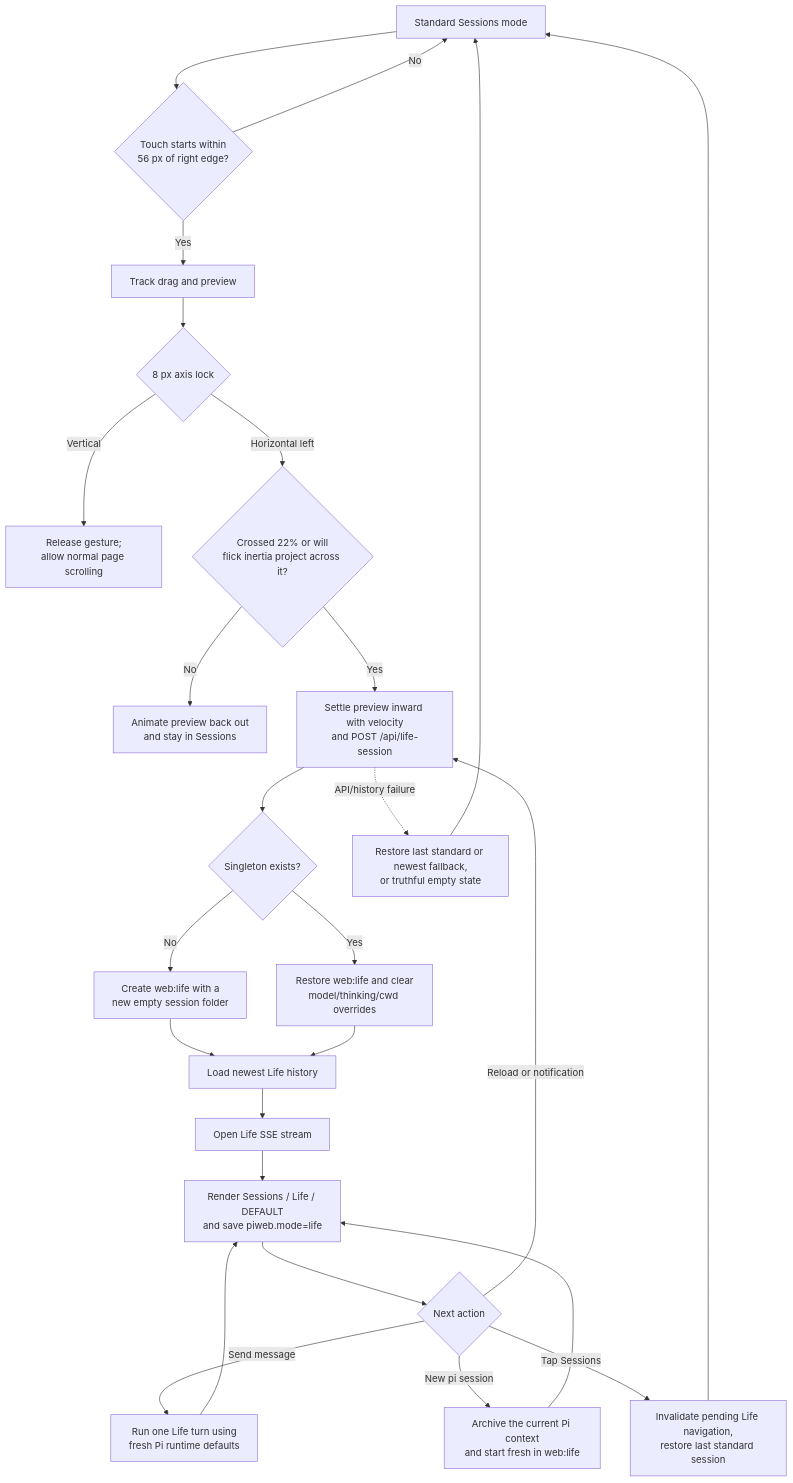
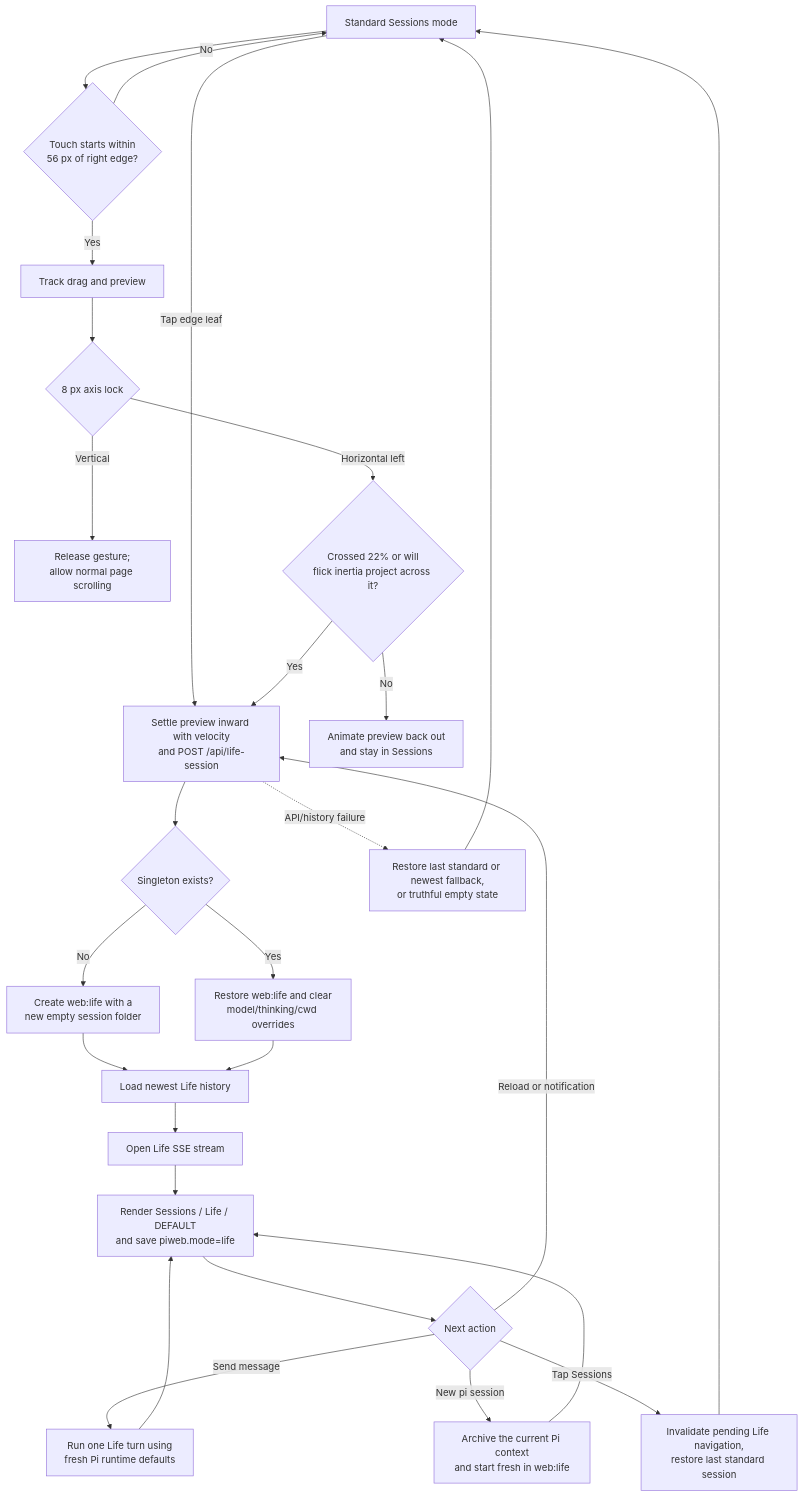
The first of 5 diagrams in docs/life-mode.md (AyaSakura-comp/piweb), drawn with Mermaid before and after one commit. The commit also changed other lines of this file and 9 other files, not shown here.

````diff
--- a/docs/life-mode.md
+++ b/docs/life-mode.md
@@ -45,28 +49,29 @@
 ```mermaid
 flowchart TD
     A[Standard Sessions mode] --> B{Touch starts within<br/>56 px of right edge?}
+    A -- Tap edge leaf --> H
     B -- No --> A
     B -- Yes --> C[Track drag and preview]
     C --> D{8 px axis lock}
     D -- Vertical --> E[Release gesture;<br/>allow normal page scrolling]
     D -- Horizontal left --> F{Crossed 22% or will<br/>flick inertia project across it?}
     F -- No --> G[Animate preview back out<br/>and stay in Sessions]
     F -- Yes --> H[Settle preview inward with velocity<br/>and POST /api/life-session]
     H --> I{Singleton exists?}
     I -- No --> J[Create web:life with a<br/>new empty session folder]
     I -- Yes --> K[Restore web:life and clear<br/>model/thinking/cwd overrides]
     J --> L[Load newest Life history]
     K --> L
     L --> M[Open Life SSE stream]
     M --> N[Render Sessions / Life / DEFAULT<br/>and save piweb.mode=life]
     N --> O{Next action}
     O -- Send message --> P[Run one Life turn using<br/>fresh Pi runtime defaults]
     P --> N
     O -- New pi session --> S[Archive the current Pi context<br/>and start fresh in web:life]
     S --> N
     O -- Reload or notification --> H
     O -- Tap Sessions --> Q[Invalidate pending Life navigation,<br/>restore last standard session]
     Q --> A
     H -. API/history failure .-> R[Restore last standard or newest fallback,<br/>or truthful empty state]
     R --> A
 ```
````
